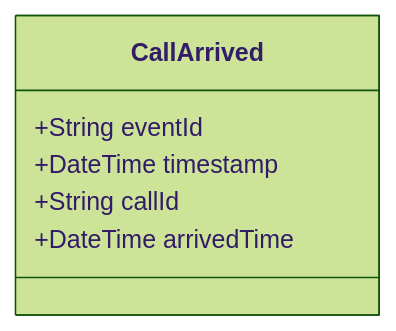
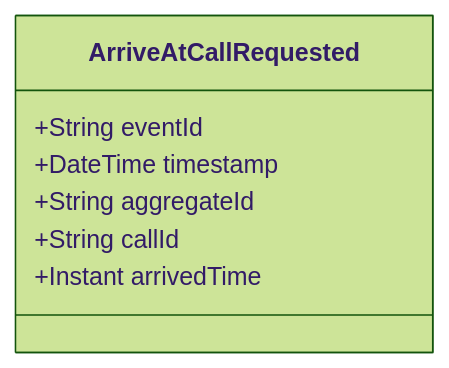
Before and after one commit to pgraff/police-system: the diagram in doc/events/CallArrived.md, drawn with Mermaid (forest theme). The commit also changed other lines of this file and 58 other files, not shown here.

````diff
--- a/doc/events/CallArrived.md
+++ b/doc/events/CallArrived.md
@@ -9,9 +9,10 @@
 ```mermaid
 classDiagram
-    class CallArrived {
+    class ArriveAtCallRequested {
         +String eventId
         +DateTime timestamp
+        +String aggregateId
         +String callId
-        +DateTime arrivedTime
+        +Instant arrivedTime
     }
 ```
````
